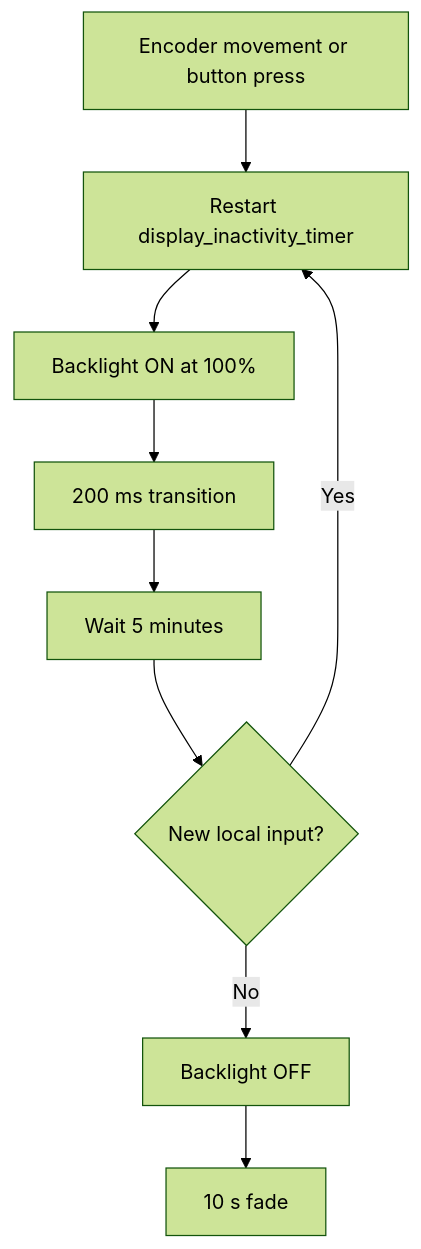
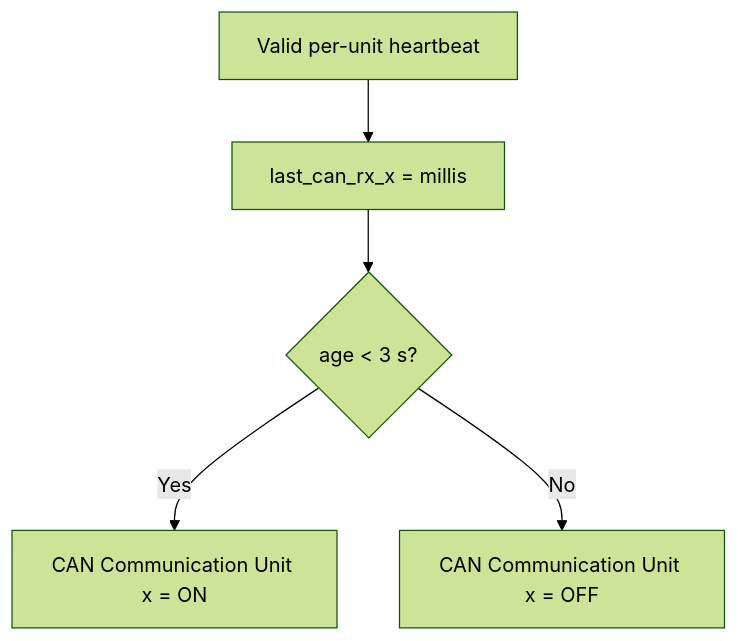
The sixth of 26 diagrams in R4875G1_CONTROL_FLOWS.md (anwa/esphome-r4875g1-3phase-charger), drawn with Mermaid (forest theme) before and after one commit. The commit also changed other lines of this file and 1 other file, not shown here.

First line of the commit message:
Synchronize CAN lifecycle and recovery documentation

````diff
--- a/R4875G1_CONTROL_FLOWS.md
+++ b/R4875G1_CONTROL_FLOWS.md
@@ -113,11 +210,7 @@
 ```mermaid
 flowchart TD
-    A[Encoder movement or button press] --> B[Restart display_inactivity_timer]
-    B --> C[Backlight ON at 100%]
-    C --> D[200 ms transition]
-    D --> E[Wait 5 minutes]
-    E --> F{New local input?}
-    F -- Yes --> B
-    F -- No --> G[Backlight OFF]
-    G --> H[10 s fade]
+    A[Valid per-unit heartbeat] --> B[last_can_rx_x = millis]
+    B --> C{age < 3 s?}
+    C -- Yes --> D[CAN Communication Unit x = ON]
+    C -- No --> E[CAN Communication Unit x = OFF]
 ```
````
